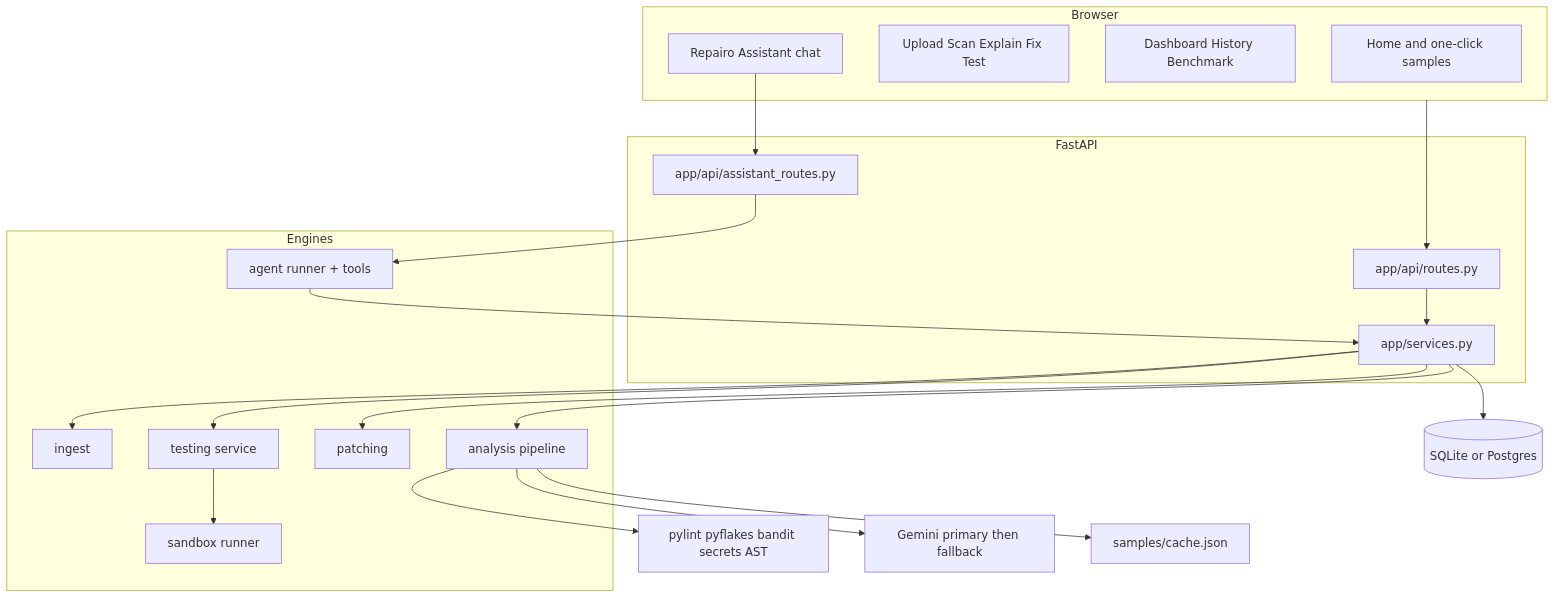
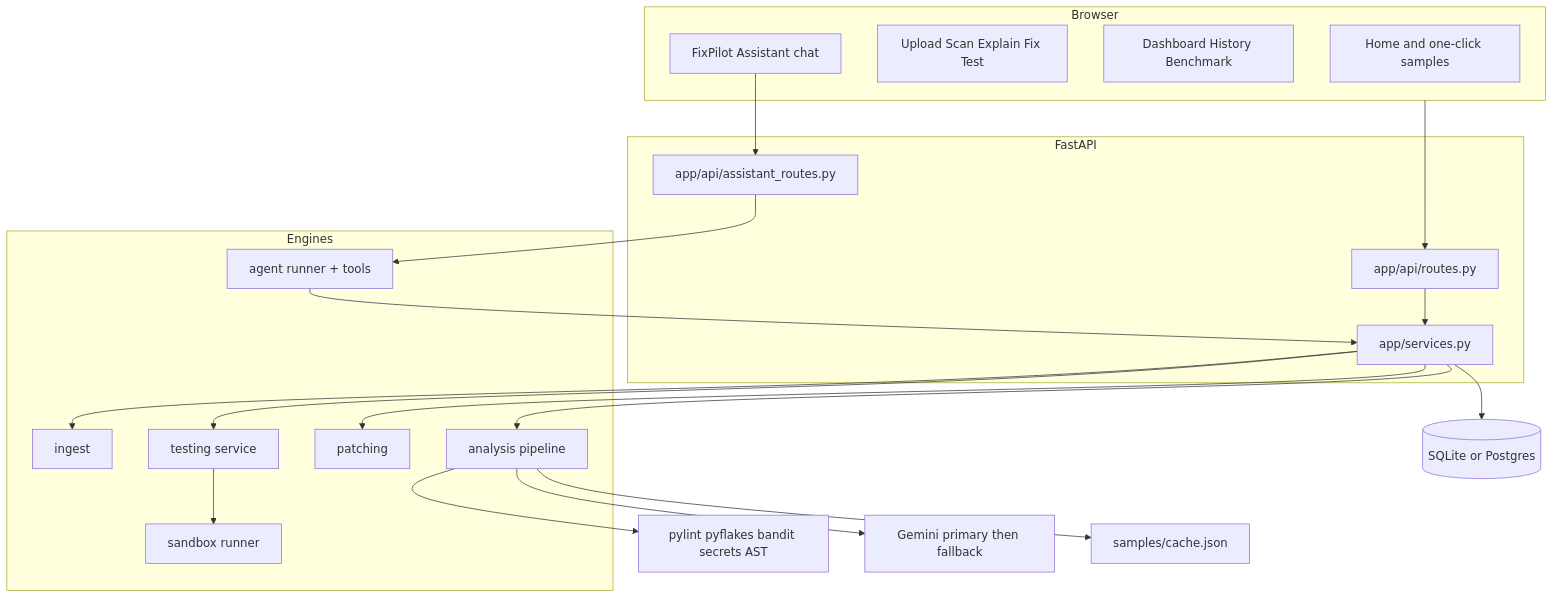
The diagram in docs/ARCHITECTURE.md (shrinidhigowda2010/autopatch), drawn with Mermaid before and after one commit. The commit also changed other lines of this file and 47 other files, not shown here.

````diff
--- a/docs/ARCHITECTURE.md
+++ b/docs/ARCHITECTURE.md
@@ -5,34 +5,34 @@
 ```mermaid
 flowchart TB
   subgraph client [Browser]
     Home[Home and one-click samples]
     Steps[Upload Scan Explain Fix Test]
     Dash[Dashboard History Benchmark]
-    Assist[Repairo Assistant chat]
+    Assist[FixPilot Assistant chat]
   end
   subgraph api [FastAPI]
     Routes[app/api/routes.py]
     AssistAPI[app/api/assistant_routes.py]
     Services[app/services.py]
   end
   subgraph engines [Engines]
     Ingest[ingest]
     Pipeline[analysis pipeline]
     Patch[patching]
     Proof[testing service]
     Box[sandbox runner]
     Agent[agent runner + tools]
   end
   DB[(SQLite or Postgres)]
   client --> Routes --> Services
   Assist --> AssistAPI --> Agent
   Agent --> Services
   Services --> Ingest
   Services --> Pipeline
   Services --> Patch
   Services --> Proof --> Box
   Services --> DB
   Pipeline --> Static[pylint pyflakes bandit secrets AST]
   Pipeline --> Gemini[Gemini primary then fallback]
   Pipeline --> Cache[samples/cache.json]
 ```
````
